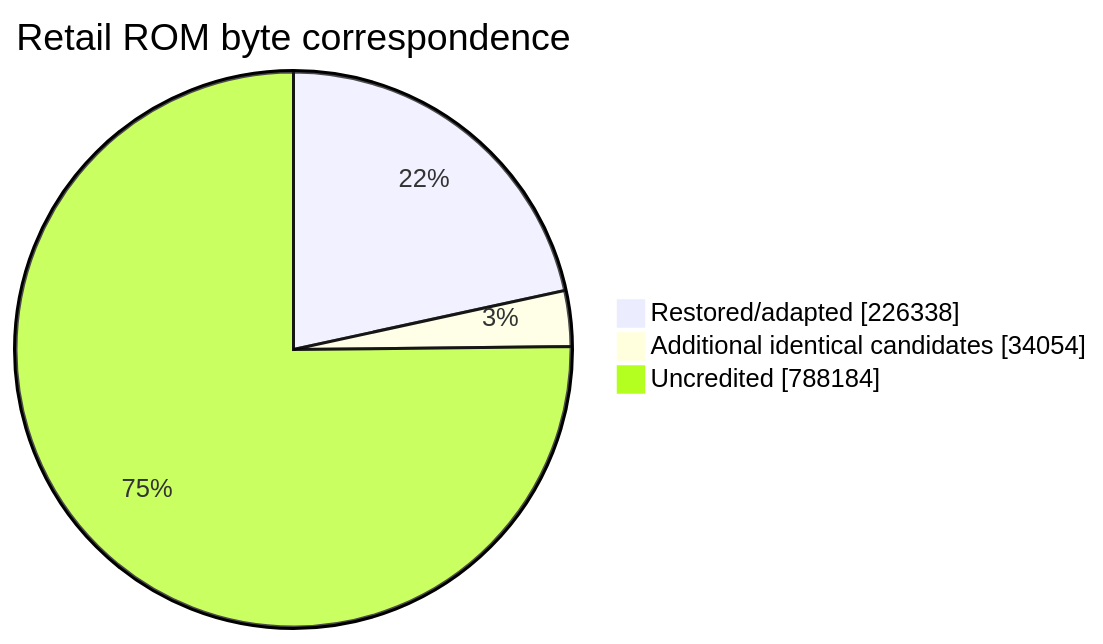
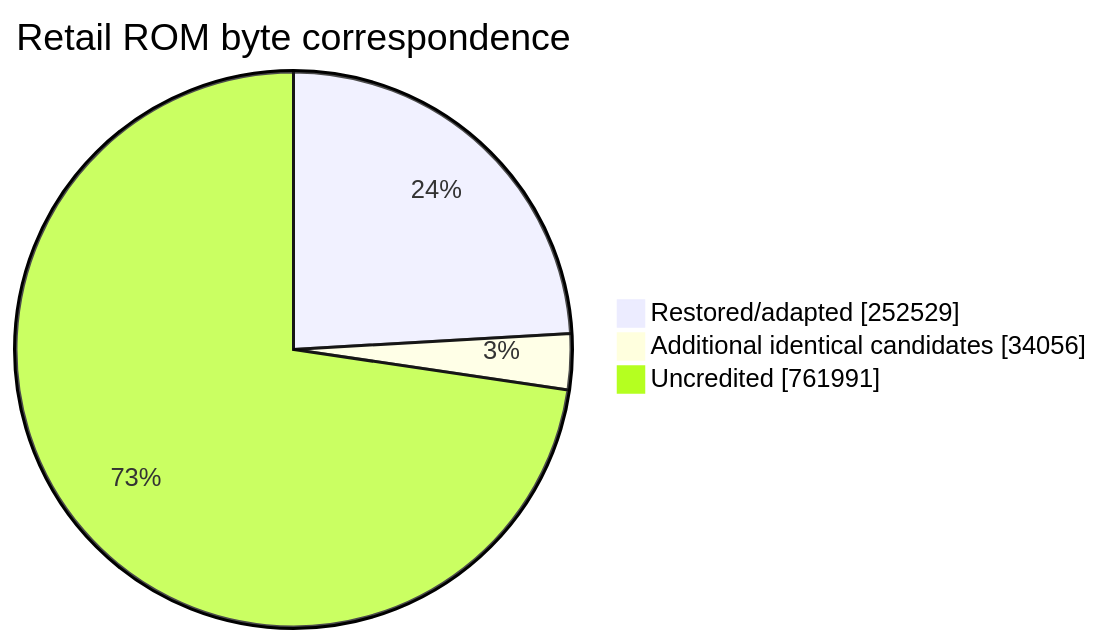
Before and after one commit to NachtRaveVL/stuntracefx: the second of 2 diagrams in readme.md, drawn with Mermaid. The commit also changed other lines of this file and 15 other files, not shown here.

Commit message:
frontend graphics loading, title controls, record validation and menu input

````diff
--- a/readme.md
+++ b/readme.md
@@ -108,7 +110,7 @@
 ```mermaid
 pie showData
     title Retail ROM byte correspondence
-    "Restored/adapted" : 226338
-    "Additional identical candidates" : 34054
-    "Uncredited" : 788184
+    "Restored/adapted" : 252529
+    "Additional identical candidates" : 34056
+    "Uncredited" : 761991
 ```
````
